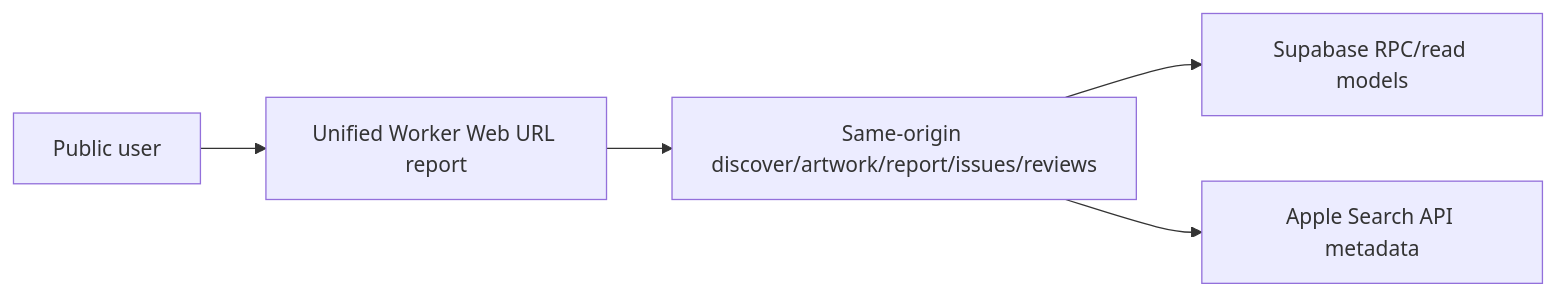
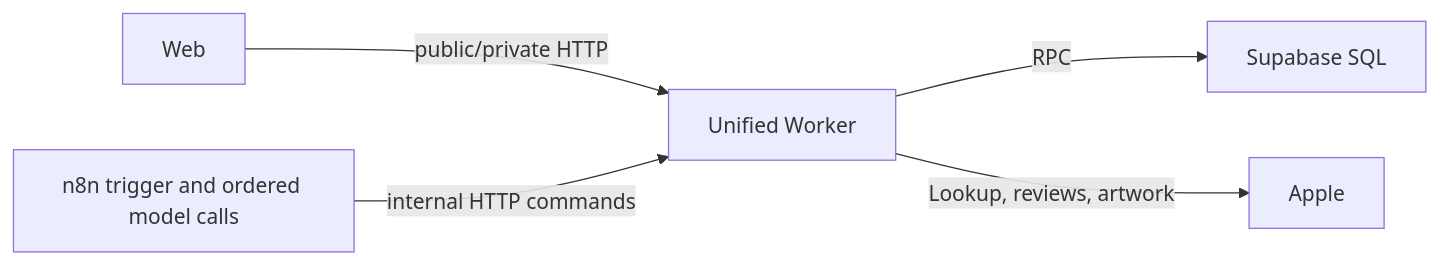
The first of 2 diagrams in docs/architecture.md (jeonsavvy/VoC-Radar), drawn with Mermaid before and after one commit. The commit also changed other lines of this file and 77 other files, not shown here.

````diff
--- a/docs/architecture.md
+++ b/docs/architecture.md
@@ -11,7 +12,7 @@
 ```mermaid
 flowchart LR
-  U["Public user"] --> W["Unified Worker Web URL report"]
-  W --> D["Same-origin discover/artwork/report/issues/reviews"]
-  D --> S["Supabase RPC/read models"]
-  D --> A["Apple Search API metadata"]
+  Web["Web"] -->|"public/private HTTP"| Worker["Unified Worker"]
+  Worker -->|"RPC"| SQL["Supabase SQL"]
+  Worker -->|"Lookup, reviews, artwork"| Apple["Apple"]
+  N8N["n8n trigger and ordered model calls"] -->|"internal HTTP commands"| Worker
 ```
````
